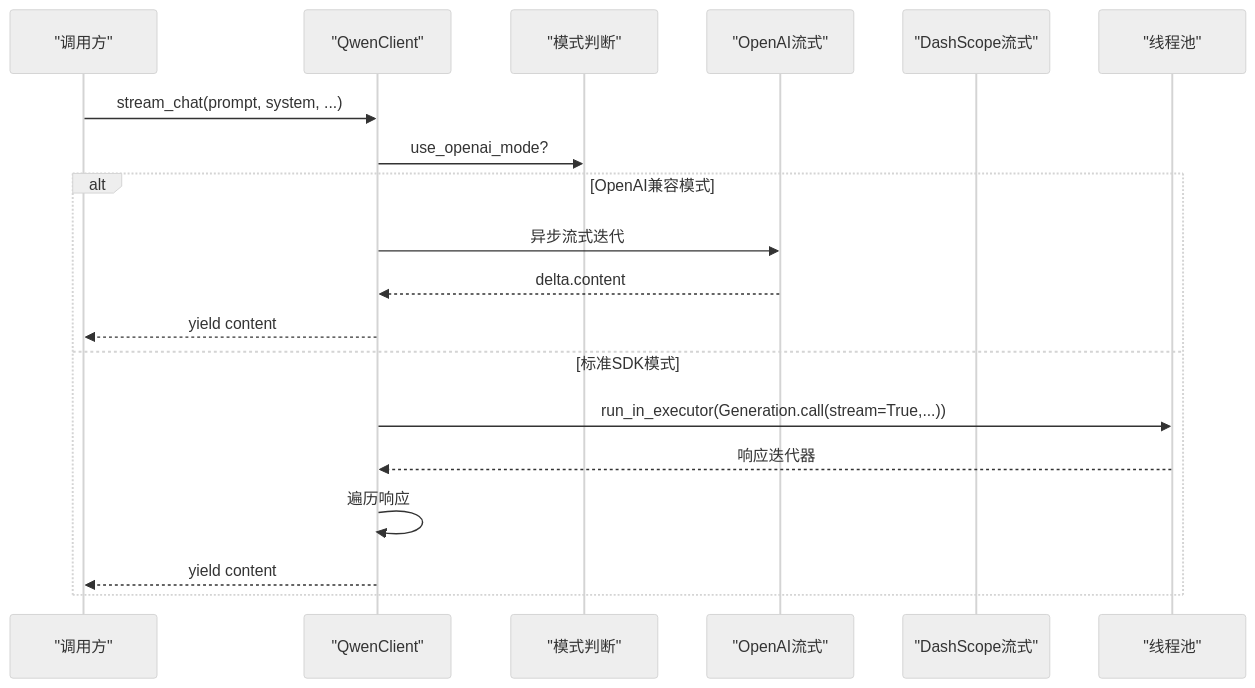
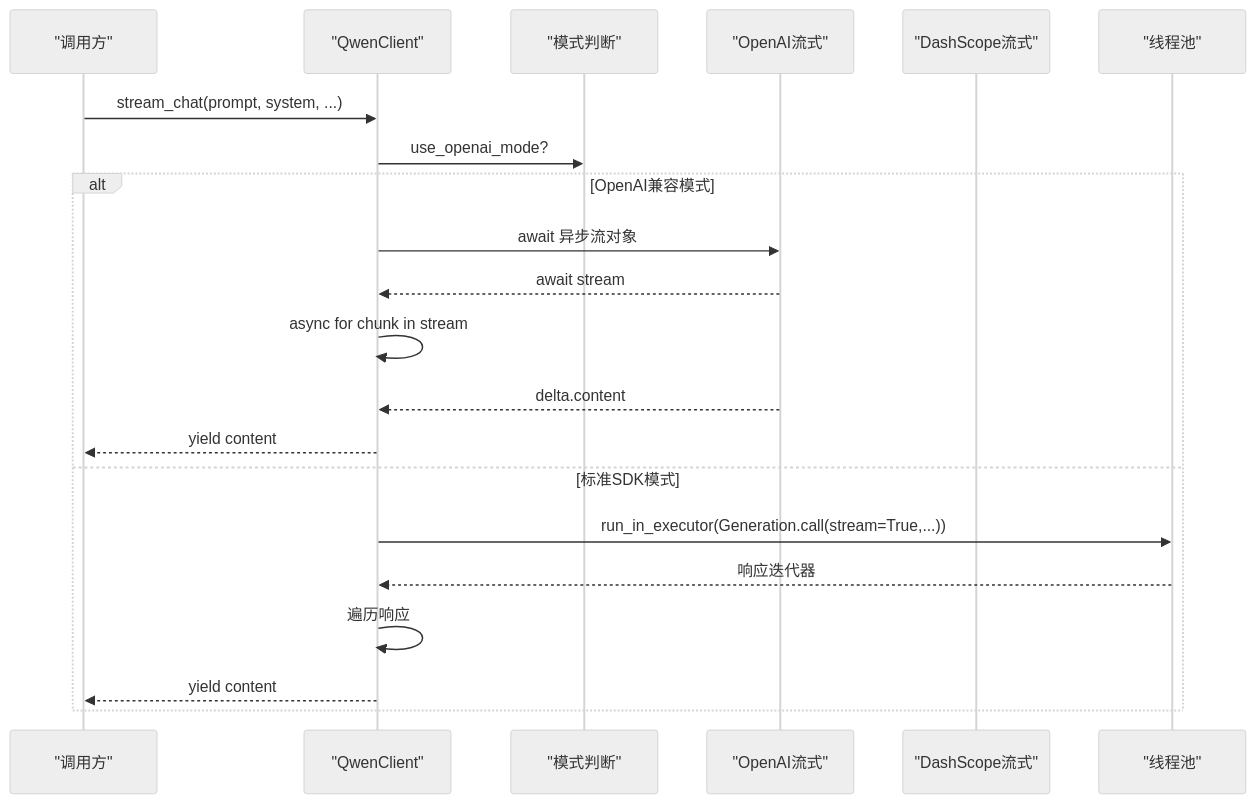
The sixth of 7 diagrams in .qoder/repowiki/zh/content/LLM集成架构/LLM客户端封装.md (xfbyxq/ai-novel-system), drawn with Mermaid (neutral theme) before and after one commit. The commit also changed other lines of this file and 23 other files, not shown here.

````diff
--- a/.qoder/repowiki/zh/content/LLM集成架构/LLM客户端封装.md
+++ b/.qoder/repowiki/zh/content/LLM集成架构/LLM客户端封装.md
@@ -237,21 +261,23 @@
 ```mermaid
 sequenceDiagram
 participant Caller as "调用方"
 participant QC as "QwenClient"
 participant Mode as "模式判断"
 participant OA as "OpenAI流式"
 participant DS as "DashScope流式"
 participant Exec as "线程池"
 Caller->>QC : stream_chat(prompt, system, ...)
 QC->>Mode : use_openai_mode?
 alt OpenAI兼容模式
-QC->>OA : 异步流式迭代
+QC->>OA : await 异步流对象
+OA-->>QC : await stream
+QC->>QC : async for chunk in stream
 OA-->>QC : delta.content
 QC-->>Caller : yield content
 else 标准SDK模式
 QC->>Exec : run_in_executor(Generation.call(stream=True,...))
 Exec-->>QC : 响应迭代器
 QC->>QC : 遍历响应
 QC-->>Caller : yield content
 end
 ```
````
